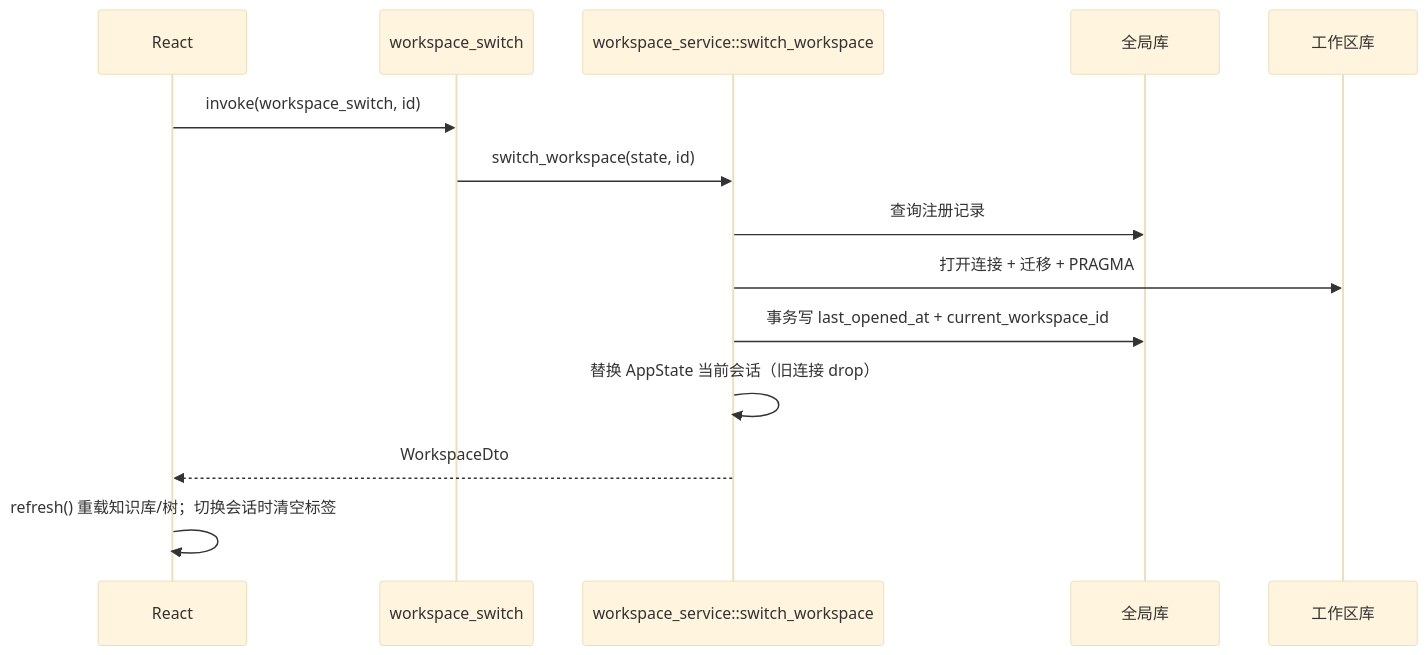
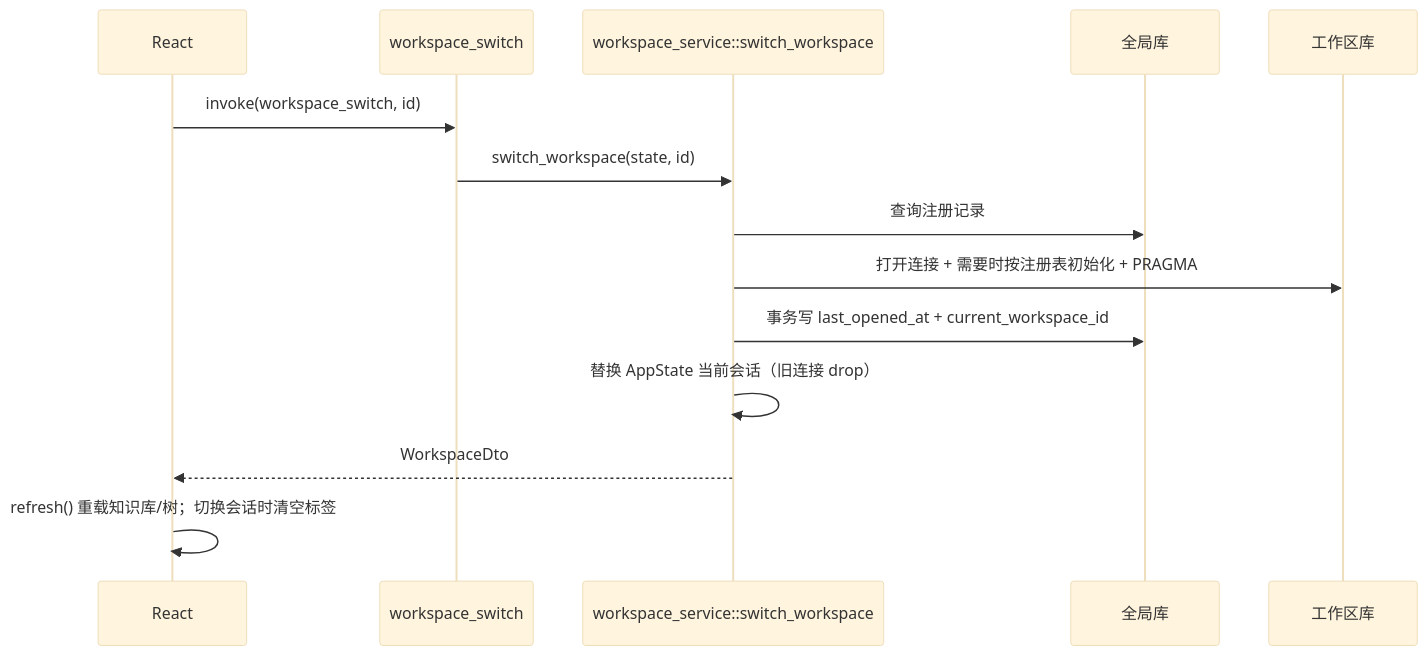
Before and after one commit to jh1397208932/jh-starrs-rust: the second of 4 diagrams in docs/开发/架构说明.md, drawn with Mermaid (base theme). The commit also changed other lines of this file and 196 other files, not shown here.

Commit message:
思维导图

````diff
--- a/docs/开发/架构说明.md
+++ b/docs/开发/架构说明.md
@@ -85,16 +88,16 @@
 ```mermaid
 sequenceDiagram
   participant UI as React
   participant C as workspace_switch
   participant S as workspace_service::switch_workspace
   participant G as 全局库
   participant W as 工作区库
   UI->>C: invoke(workspace_switch, id)
   C->>S: switch_workspace(state, id)
   S->>G: 查询注册记录
-  S->>W: 打开连接 + 迁移 + PRAGMA
+  S->>W: 打开连接 + 需要时按注册表初始化 + PRAGMA
   S->>G: 事务写 last_opened_at + current_workspace_id
   S->>S: 替换 AppState 当前会话（旧连接 drop）
   S-->>UI: WorkspaceDto
   UI->>UI: refresh() 重载知识库/树；切换会话时清空标签
 ```
````
